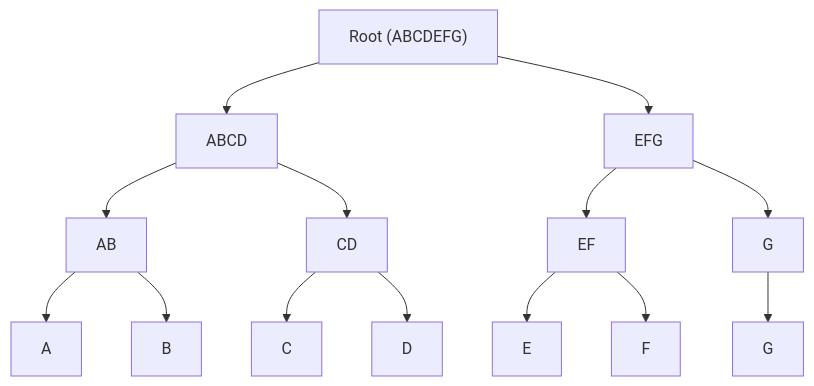
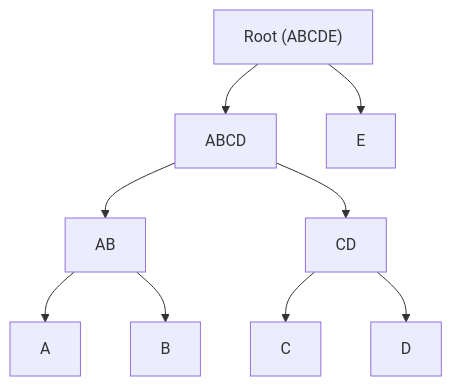
Before and after one commit to hzrd149/blossom: the diagram in buds/10.md, drawn with Mermaid. The commit also changed other lines of this file, not shown here.

````diff
--- a/buds/10.md
+++ b/buds/10.md
@@ -24,18 +37,13 @@
 ```mermaid
 graph TD
-  Root["Root (ABCDEFG)"] --> H1["ABCD"]
-  Root --> H2["EFG"]
+  Root["Root (ABCDE)"] --> ABCD
+  Root --> E
 
-  H1 --> H3["AB"]
-  H1 --> H4["CD"]
-  H2 --> H5["EF"]
-  H2 --> H6["G"]
+  ABCD --> AB
+  ABCD --> CD
 
-  H3 --> A["A"]
-  H3 --> B["B"]
-  H4 --> C["C"]
-  H4 --> D["D"]
-  H5 --> E["E"]
-  H5 --> F["F"]
-  H6 --> G["G"]
+  AB --> A
+  AB --> B
+  CD --> C
+  CD --> D
 ```
````
